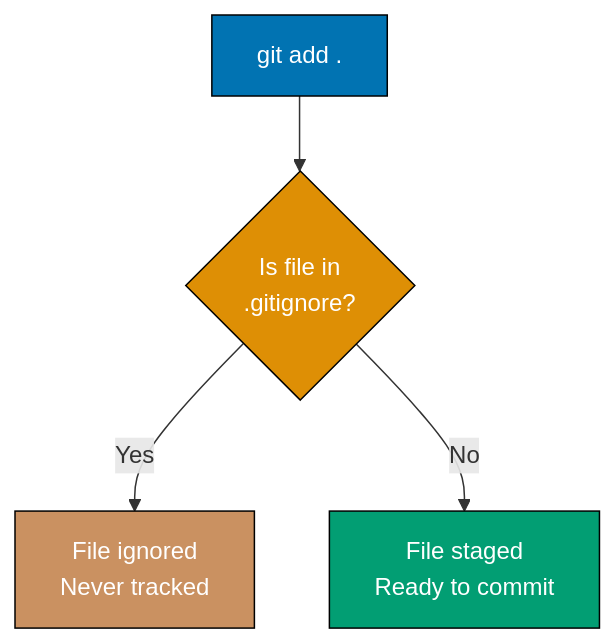
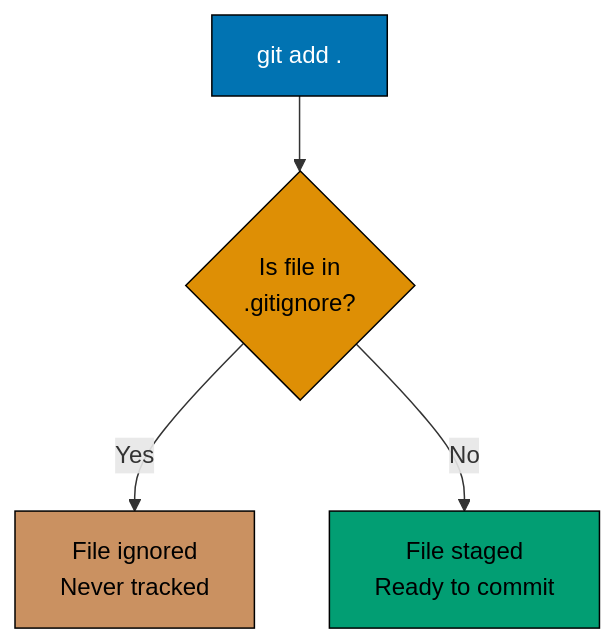
One commit to wahidyankf/ose-public changed the second of 6 diagrams in apps/ayokoding-www/content/en/learn/legacy/software-engineering/automation-tools/git/by-example/beginner.md. Above: the diagram before and after it, drawn with Mermaid. The commit also changed other lines of this file and 131 other files, not shown here.

First line of the commit message:
fix(mermaid): bring the legacy data, infrastructure, and testing diagrams onto the accessible palette

````diff
--- a/apps/ayokoding-www/content/en/learn/legacy/software-engineering/automation-tools/git/by-example/beginner.md
+++ b/apps/ayokoding-www/content/en/learn/legacy/software-engineering/automation-tools/git/by-example/beginner.md
@@ -379,11 +385,18 @@
 ```mermaid
 graph TD
+    accTitle: Example 10: Create a .gitignore File
+    accDescr: Graph with 4 nodes and 3 connections. Nodes: git add ., Is file in .gitignore?, File ignored Never tracked, File staged Ready to commit. Connections: git add . to Is file in .gitignore?, Is file in .gitignore? to File ignored Never tracked (Yes), Is file in .gitignore? to File staged Ready to commit (No).
     A["git add ."] --> B{"Is file in<br/>.gitignore?"}
     B -->|Yes| C["File ignored<br/>Never tracked"]
     B -->|No| D["File staged<br/>Ready to commit"]
 
-    style A fill:#0173B2,stroke:#000,color:#fff
-    style B fill:#DE8F05,stroke:#000,color:#fff
-    style C fill:#CA9161,stroke:#000,color:#fff
-    style D fill:#029E73,stroke:#000,color:#fff
+    classDef pal-0173B2 fill:#0173B2,stroke:#000000,color:#FFFFFF
+    class A pal-0173B2
+    classDef pal-DE8F05 fill:#DE8F05,stroke:#000000,color:#000000
+    class B pal-DE8F05
+    classDef pal-CA9161 fill:#CA9161,stroke:#000000,color:#000000
+    class C pal-CA9161
+    classDef pal-029E73 fill:#029E73,stroke:#000000,color:#000000
+    class D pal-029E73
+    classDef default fill:#FFFFFF,stroke:#000000,color:#000000
 ```
````
